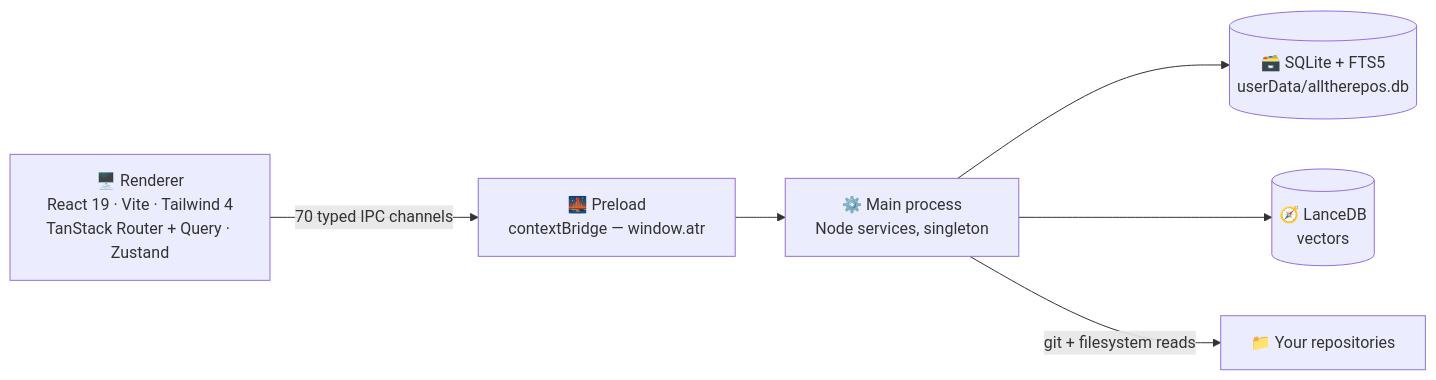
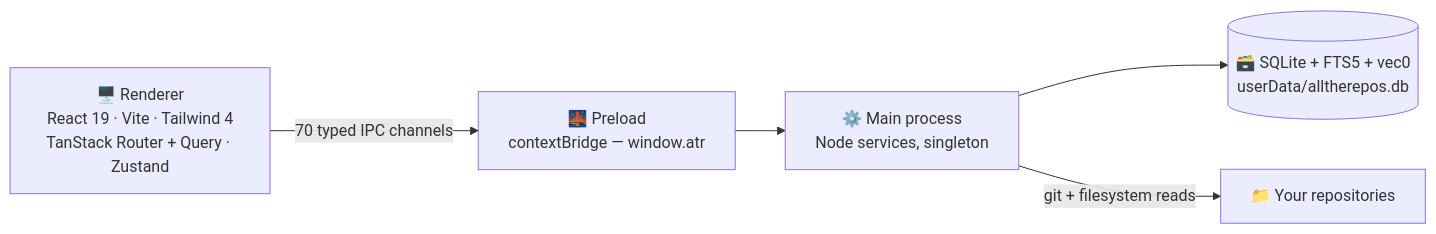
Before and after one commit to ivy00johns/AllTheRepos: the diagram in README.md, drawn with Mermaid. The commit also changed other lines of this file and 39 other files, not shown here.

````diff
--- a/README.md
+++ b/README.md
@@ -118,15 +118,13 @@
 ```mermaid
 flowchart LR
     ui["🖥️ Renderer<br/>React 19 · Vite · Tailwind 4<br/>TanStack Router + Query · Zustand"]
     bridge["🌉 Preload<br/>contextBridge — window.atr"]
     main["⚙️ Main process<br/>Node services, singleton"]
-    db[("🗃️ SQLite + FTS5<br/>userData/alltherepos.db")]
-    lance[("🧭 LanceDB<br/>vectors")]
+    db[("🗃️ SQLite + FTS5 + vec0<br/>userData/alltherepos.db")]
     disk["📁 Your repositories"]
 
     ui -- "70 typed IPC channels" --> bridge
     bridge --> main
     main --> db
-    main --> lance
     main -- "git + filesystem reads" --> disk
 ```
````
